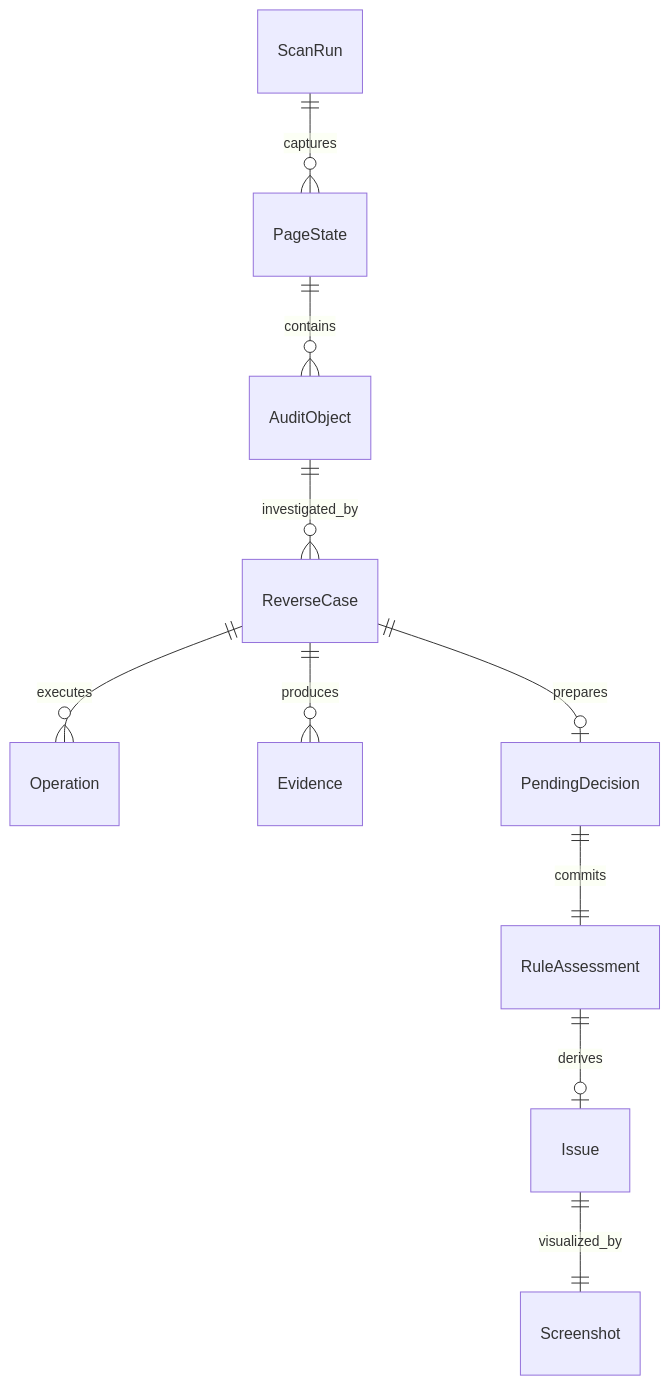
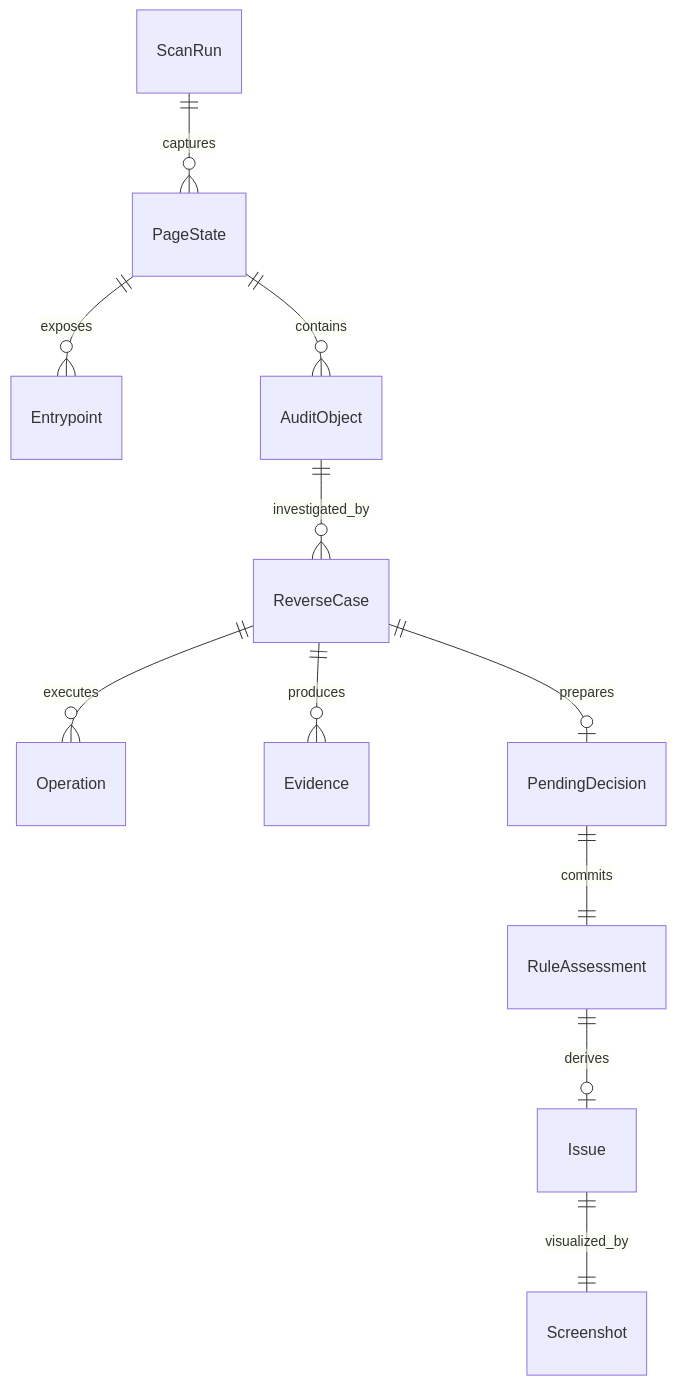
The first of 4 diagrams in docs/domain-model-and-lifecycle.md (elioyu-07/Assayer), drawn with Mermaid before and after one commit. The commit also changed other lines of this file and 12 other files, not shown here.

````diff
--- a/docs/domain-model-and-lifecycle.md
+++ b/docs/domain-model-and-lifecycle.md
@@ -16,12 +16,13 @@
 ```mermaid
 erDiagram
     ScanRun ||--o{ PageState : captures
+    PageState ||--o{ Entrypoint : exposes
     PageState ||--o{ AuditObject : contains
     AuditObject ||--o{ ReverseCase : investigated_by
     ReverseCase ||--o{ Operation : executes
     ReverseCase ||--o{ Evidence : produces
     ReverseCase ||--o| PendingDecision : prepares
     PendingDecision ||--|| RuleAssessment : commits
     RuleAssessment ||--o| Issue : derives
     Issue ||--|| Screenshot : visualized_by
 ```
````
